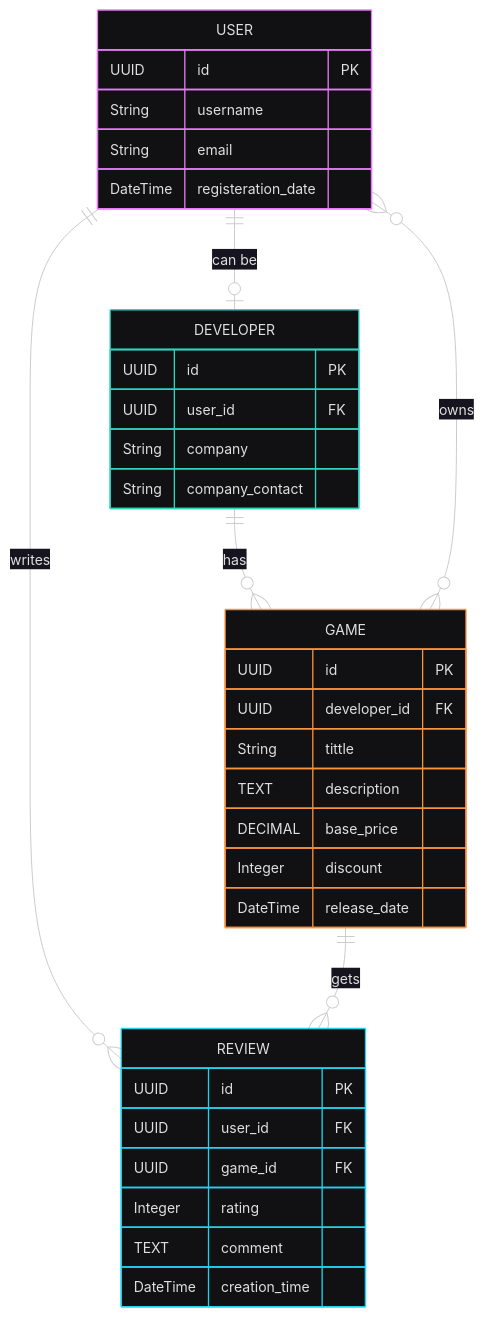
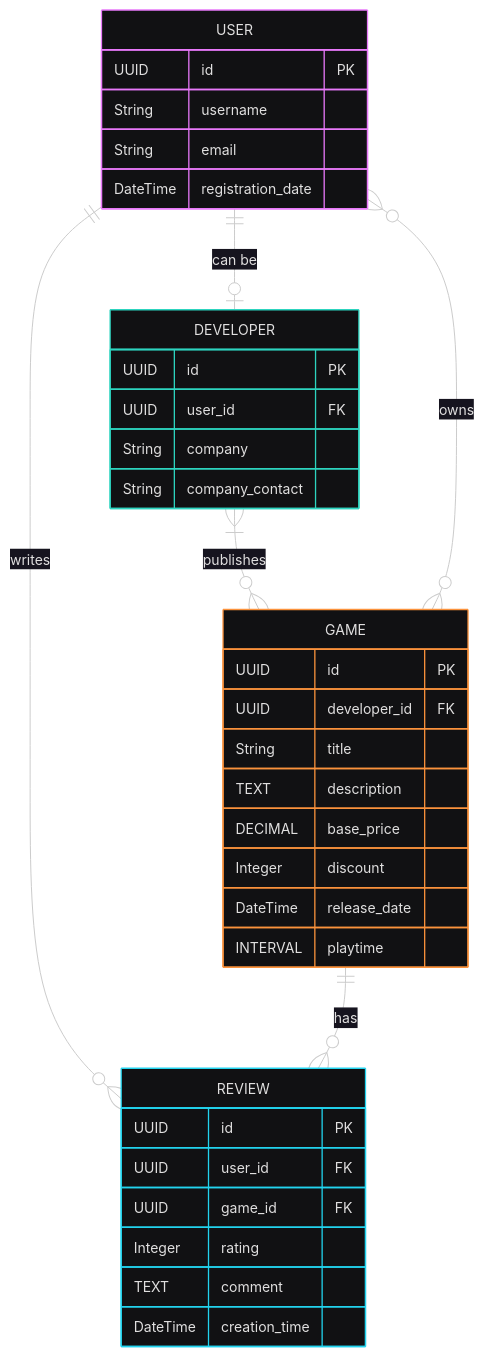
Before and after one commit to KotiasFeet/kpi_2026: the diagram in lab_1/diagram.mmd, drawn with Mermaid. The commit also changed 4 other files, not shown here.

```diff
--- a/lab_1/diagram.mmd
+++ b/lab_1/diagram.mmd
@@ -1,43 +1,44 @@
 ---
 config:
   theme: redux-dark-color
 ---
 erDiagram
-    USER ||--o| DEVELOPER : "can be"
-    DEVELOPER ||--o{ GAME : "has"
-    USER }o--o{ GAME : "owns"
-    USER ||--o{ REVIEW : "writes"
-    GAME ||--o{ REVIEW : "gets"
+    USER 			||--o| 	DEVELOPER : "can be"
+    DEVELOPER }|--o{ 	GAME 			: "publishes"
+    USER 			}o--o{ 	GAME 			: "owns"
+    USER 			||--o{ 	REVIEW 		: "writes"
+    GAME 			||--o{ 	REVIEW 		: "has"
 
     USER {
         UUID id PK
         String username
         String email
-        DateTime registeration_date
+        DateTime registration_date
     }
 
     DEVELOPER {
         UUID id PK
-				UUID user_id FK
+        UUID user_id FK
         String company
         String company_contact
     }
 
     GAME {
         UUID id PK
-				UUID developer_id FK
-        String tittle
+        UUID developer_id FK
+        String title
         TEXT description
         DECIMAL base_price
         Integer discount
         DateTime release_date
+        INTERVAL playtime
     }
 
     REVIEW {
         UUID id PK
-				UUID user_id FK
-				UUID game_id FK
+        UUID user_id FK
+        UUID game_id FK
         Integer rating
         TEXT comment
         DateTime creation_time
     }
```
